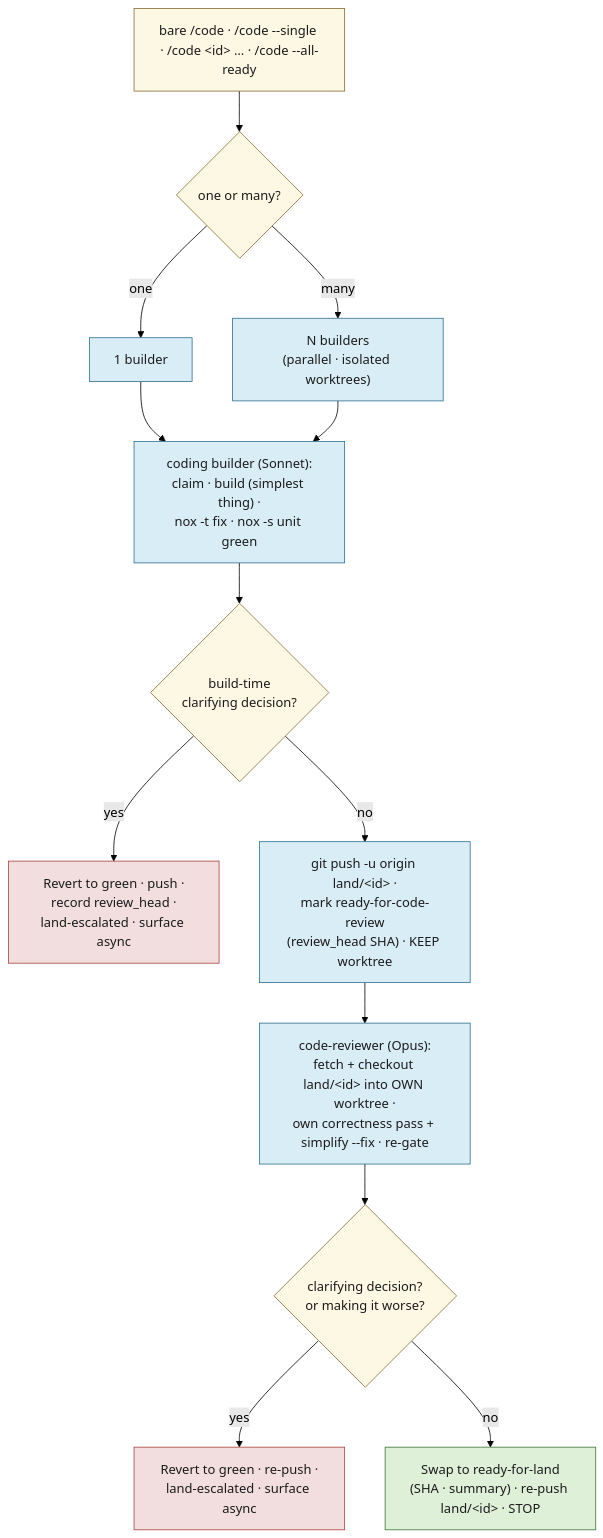
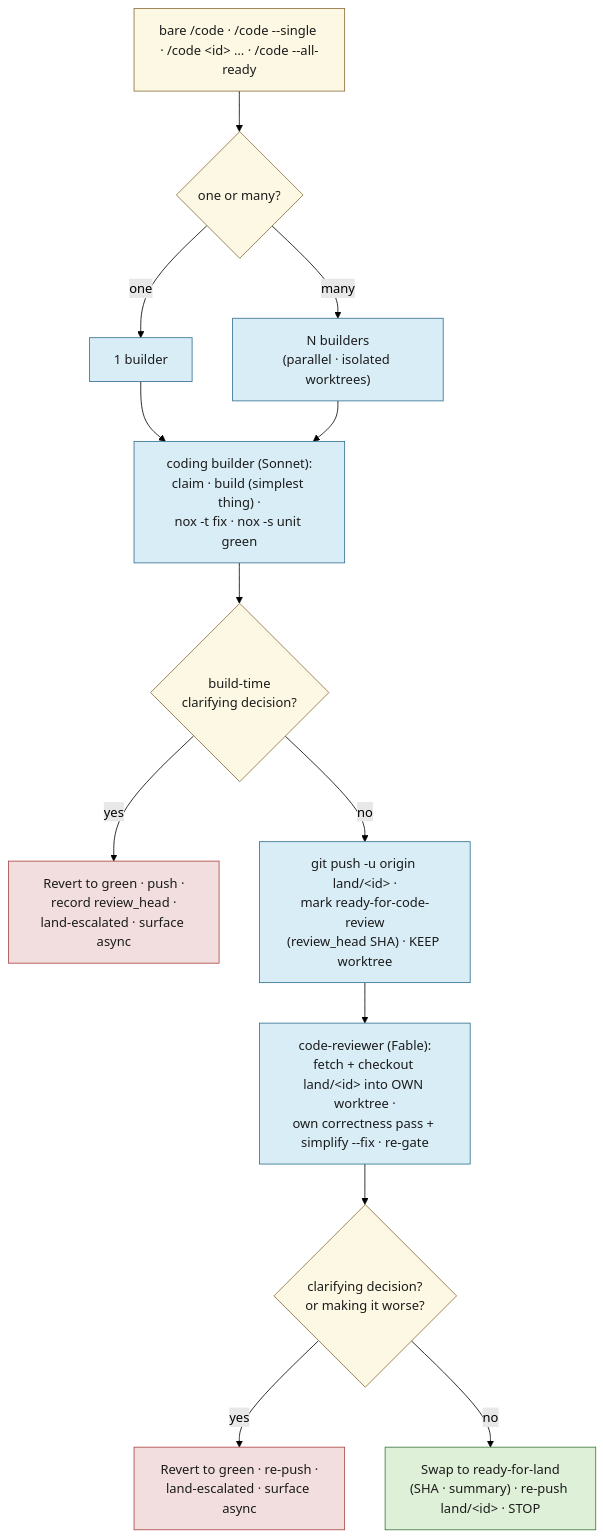
The third of 4 diagrams in docs/agents-workflow.md (bildzeitung/lode), drawn with Mermaid (forest theme) before and after one commit. The commit also changed other lines of this file and 5 other files, not shown here.

First line of the commit message:
Model audit: code-reviewer on Fable (effort high), derived commit trailers, refresh stale model strings

````diff
--- a/docs/agents-workflow.md
+++ b/docs/agents-workflow.md
@@ -2699,26 +2699,26 @@
 ```mermaid
 flowchart TD
     INV["bare /code · /code --single · /code &lt;id&gt; … · /code --all-ready"] --> N{"one or many?"}
     N -->|"one"| ONE["1 builder"]
     N -->|"many"| FAN["N builders<br>(parallel · isolated worktrees)"]
     ONE --> BUILD["coding builder (Sonnet):<br>claim · build (simplest thing) ·<br>nox -t fix · nox -s unit green"]
     FAN --> BUILD
     BUILD --> BESC{"build-time<br>clarifying decision?"}
     BESC -->|"yes"| BHOLD["Revert to green · push ·<br>record review_head ·<br>land-escalated · surface async"]
     BESC -->|"no"| PUSH["git push -u origin land/&lt;id&gt; ·<br>mark ready-for-code-review<br>(review_head SHA) · KEEP worktree"]
-    PUSH --> REV["code-reviewer (Opus):<br>fetch + checkout land/&lt;id&gt; into OWN worktree ·<br>own correctness pass + simplify --fix · re-gate"]
+    PUSH --> REV["code-reviewer (Fable):<br>fetch + checkout land/&lt;id&gt; into OWN worktree ·<br>own correctness pass + simplify --fix · re-gate"]
     REV --> RESC{"clarifying decision?<br>or making it worse?"}
     RESC -->|"yes"| RHOLD["Revert to green · re-push ·<br>land-escalated · surface async"]
     RESC -->|"no"| MARK["Swap to ready-for-land<br>(SHA · summary) · re-push land/&lt;id&gt; · STOP"]
 
     classDef start fill:#fcf8e3,stroke:#8a6d3b,color:#1b1b1b;
     classDef work fill:#d9edf7,stroke:#31708f,color:#1b1b1b;
     classDef gate fill:#fcf8e3,stroke:#8a6d3b,color:#1b1b1b;
     classDef bad fill:#f2dede,stroke:#a94442,color:#1b1b1b;
     classDef good fill:#dff0d8,stroke:#3c763d,color:#1b1b1b;
     class INV,N start;
     class ONE,FAN,BUILD,PUSH,REV work;
     class BESC,RESC gate;
     class BHOLD,RHOLD bad;
     class MARK good;
 ```
````
